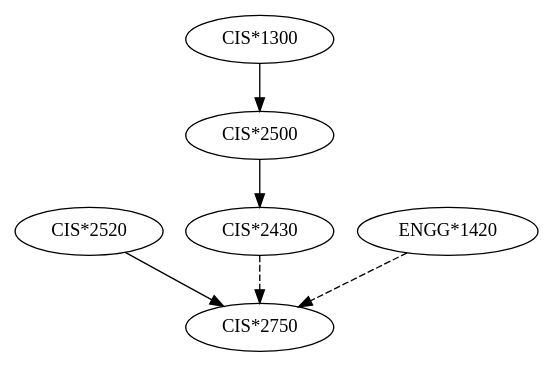
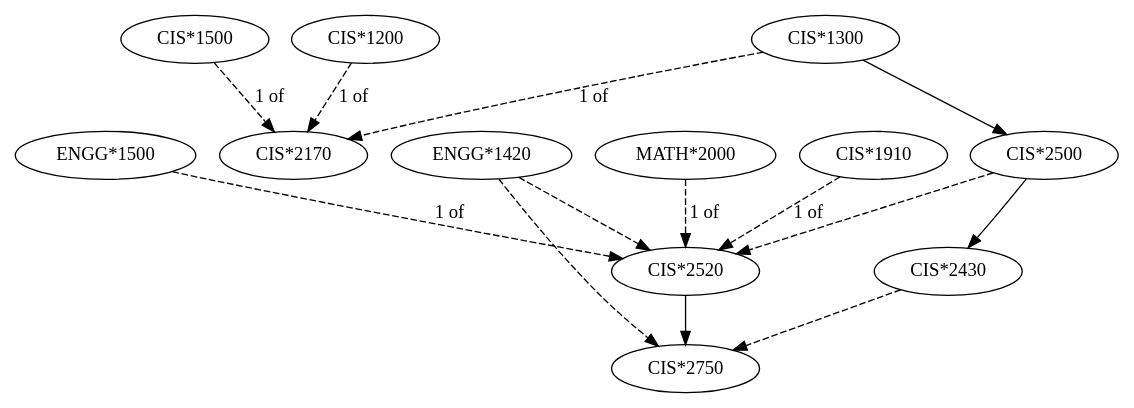
The diagram in output.dot (adamsox/graphsite), drawn with Graphviz before and after one commit. The commit also changed 4 other files, not shown here.

```diff
--- a/output.dot
+++ b/output.dot
@@ -1,7 +1,22 @@
 digraph CourseMap {
+"CIS*1300"
+"CIS*1910"
+"CIS*2170"
+"CIS*1200" -> "CIS*2170" [style=dashed] [label="1 of"]
+"CIS*1300" -> "CIS*2170" [style=dashed] [label="1 of"]
+"CIS*1500" -> "CIS*2170" [style=dashed] [label="1 of"]
+"CIS*2430"
+"CIS*2500" -> "CIS*2430" [style=solid]
+"CIS*2500"
+"CIS*1300" -> "CIS*2500" [style=solid]
+"CIS*2520"
+"CIS*2500" -> "CIS*2520" [style=dashed]
+"ENGG*1420" -> "CIS*2520" [style=dashed]
+"CIS*1910" -> "CIS*2520" [style=dashed] [label="1 of"]
+"ENGG*1500" -> "CIS*2520" [style=dashed] [label="1 of"]
+"MATH*2000" -> "CIS*2520" [style=dashed] [label="1 of"]
+"CIS*2750"
 "CIS*2520" -> "CIS*2750" [style=solid]
 "CIS*2430" -> "CIS*2750" [style=dashed]
 "ENGG*1420" -> "CIS*2750" [style=dashed]
-"CIS*2500" -> "CIS*2430" [style=solid]
-"CIS*1300" -> "CIS*2500" [style=solid]
 }
```
